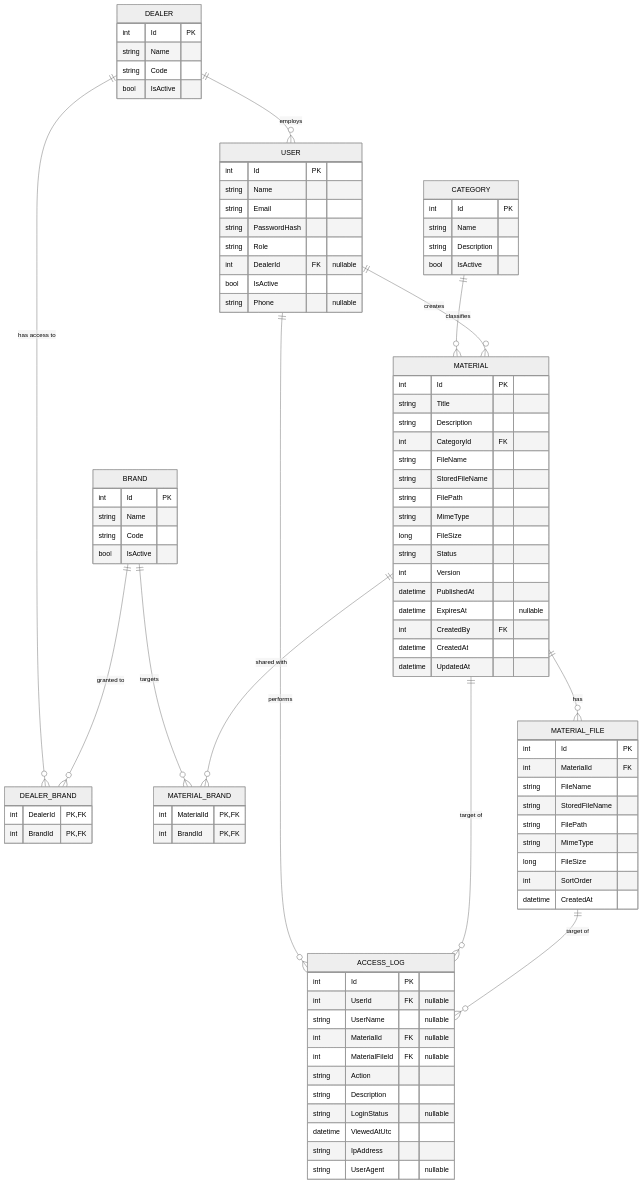
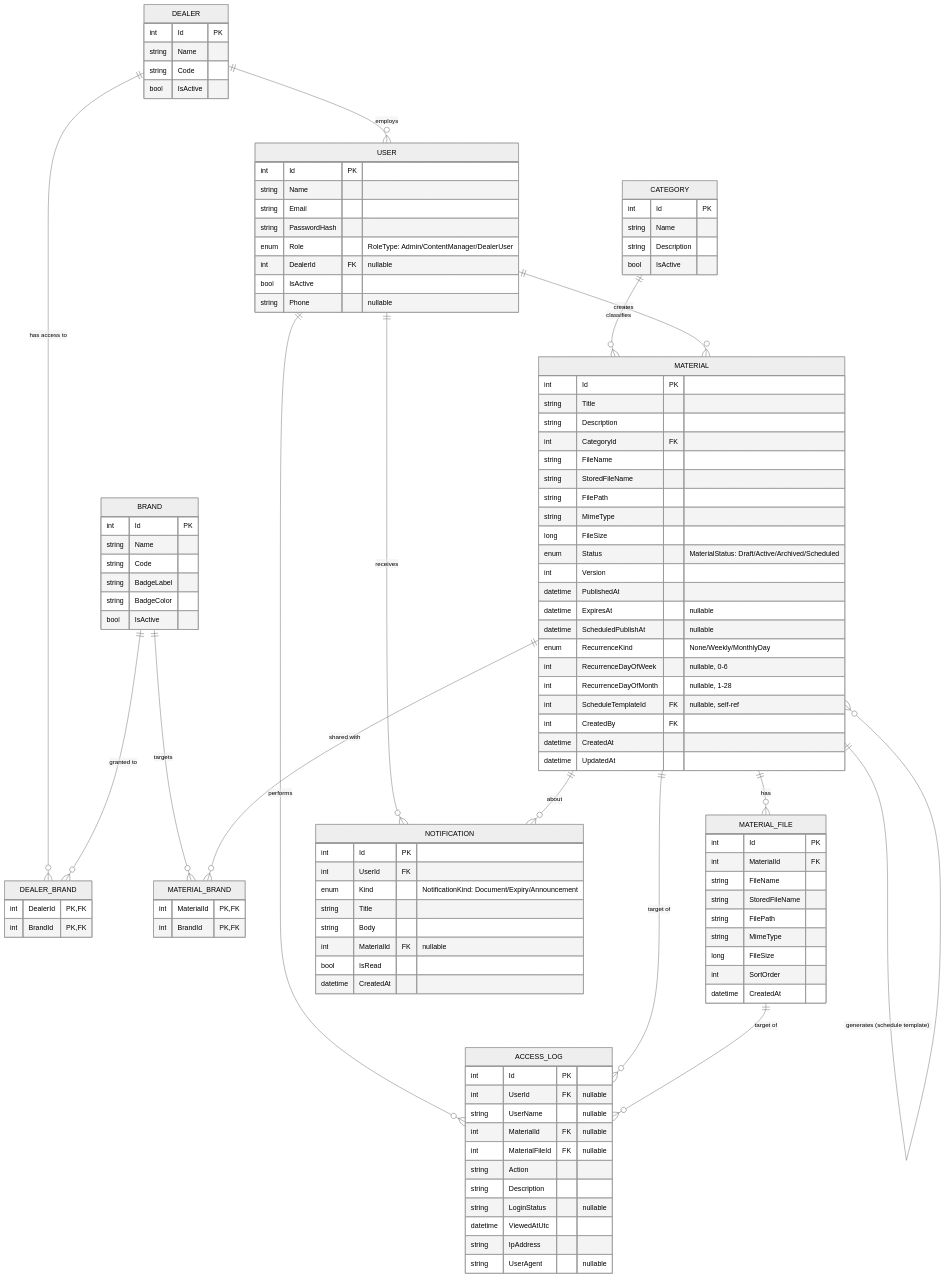
The diagram in docs/er-diagram.md (AtalaBaris/Tofas-Bayi-Dokuman-Yonetim-Portali), drawn with Mermaid (neutral theme) before and after one commit. The commit also changed other lines of this file and 2 other files, not shown here.

Commit message:
ER diyagramını mevcut entity yapısıyla güncelle
User.Role/Material.Status enum'lara geçti, zamanlanmış yayın alanları,
Notification tablosu ve Brand badge alanları eksikti; diyagram artık
kodla birebir eşleşiyor.

````diff
--- a/docs/er-diagram.md
+++ b/docs/er-diagram.md
@@ -19,9 +20,12 @@
     USER ||--o{ MATERIAL : "creates"
     MATERIAL ||--o{ MATERIAL_BRAND : "shared with"
     MATERIAL ||--o{ MATERIAL_FILE : "has"
+    MATERIAL ||--o{ MATERIAL : "generates (schedule template)"
     USER ||--o{ ACCESS_LOG : "performs"
     MATERIAL ||--o{ ACCESS_LOG : "target of"
     MATERIAL_FILE ||--o{ ACCESS_LOG : "target of"
+    USER ||--o{ NOTIFICATION : "receives"
+    MATERIAL ||--o{ NOTIFICATION : "about"
 
     DEALER {
         int Id PK
@@ -34,6 +38,8 @@
         int Id PK
         string Name
         string Code
+        string BadgeLabel
+        string BadgeColor
         bool IsActive
     }
 
@@ -54,7 +60,7 @@
         string Name
         string Email
         string PasswordHash
-        string Role
+        enum Role "RoleType: Admin/ContentManager/DealerUser"
         int DealerId FK "nullable"
         bool IsActive
         string Phone "nullable"
@@ -70,10 +76,15 @@
         string FilePath
         string MimeType
         long FileSize
-        string Status
+        enum Status "MaterialStatus: Draft/Active/Archived/Scheduled"
         int Version
         datetime PublishedAt
         datetime ExpiresAt "nullable"
+        datetime ScheduledPublishAt "nullable"
+        enum RecurrenceKind "None/Weekly/MonthlyDay"
+        int RecurrenceDayOfWeek "nullable, 0-6"
+        int RecurrenceDayOfMonth "nullable, 1-28"
+        int ScheduleTemplateId FK "nullable, self-ref"
         int CreatedBy FK
         datetime CreatedAt
         datetime UpdatedAt
@@ -109,4 +120,15 @@
         string IpAddress
         string UserAgent "nullable"
     }
+
+    NOTIFICATION {
+        int Id PK
+        int UserId FK
+        enum Kind "NotificationKind: Document/Expiry/Announcement"
+        string Title
+        string Body
+        int MaterialId FK "nullable"
+        bool IsRead
+        datetime CreatedAt
+    }
 ```
````
